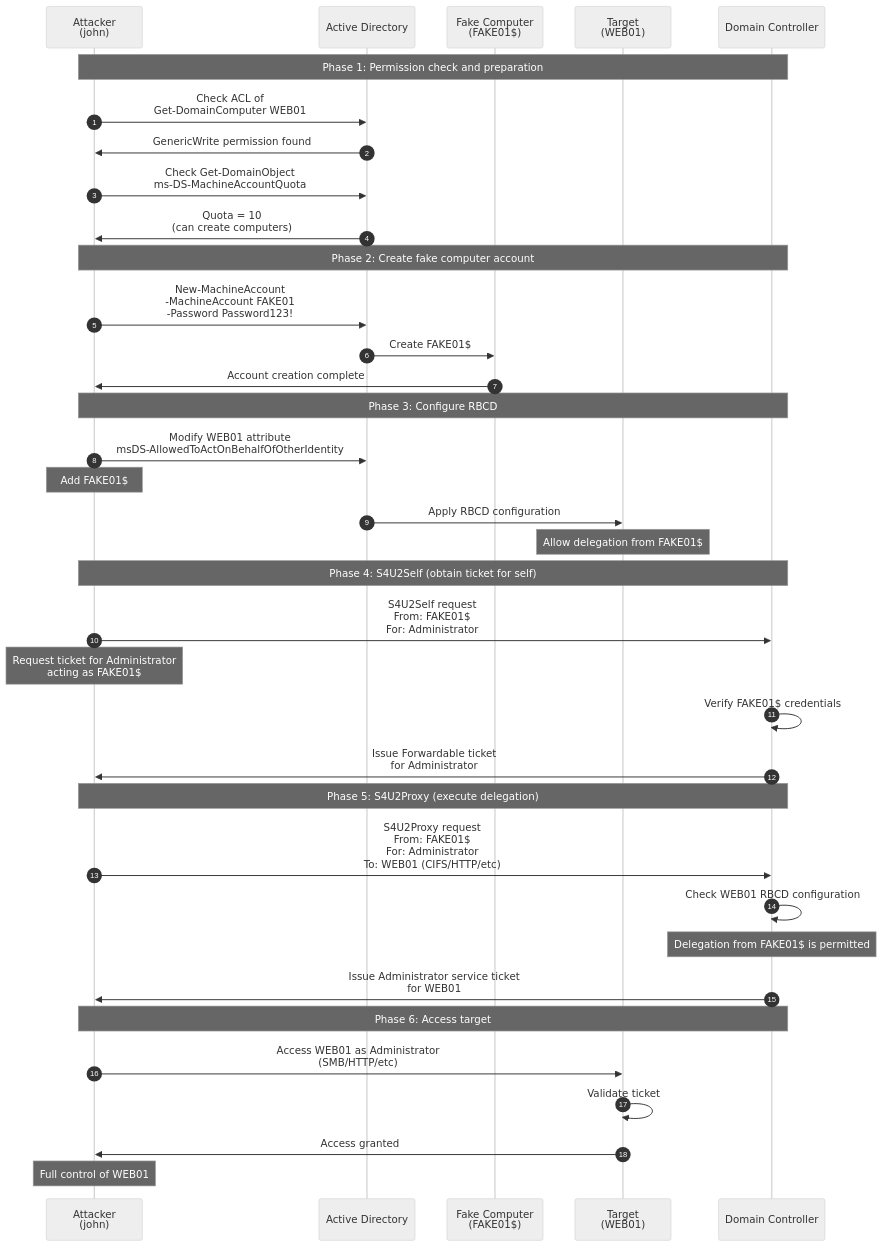
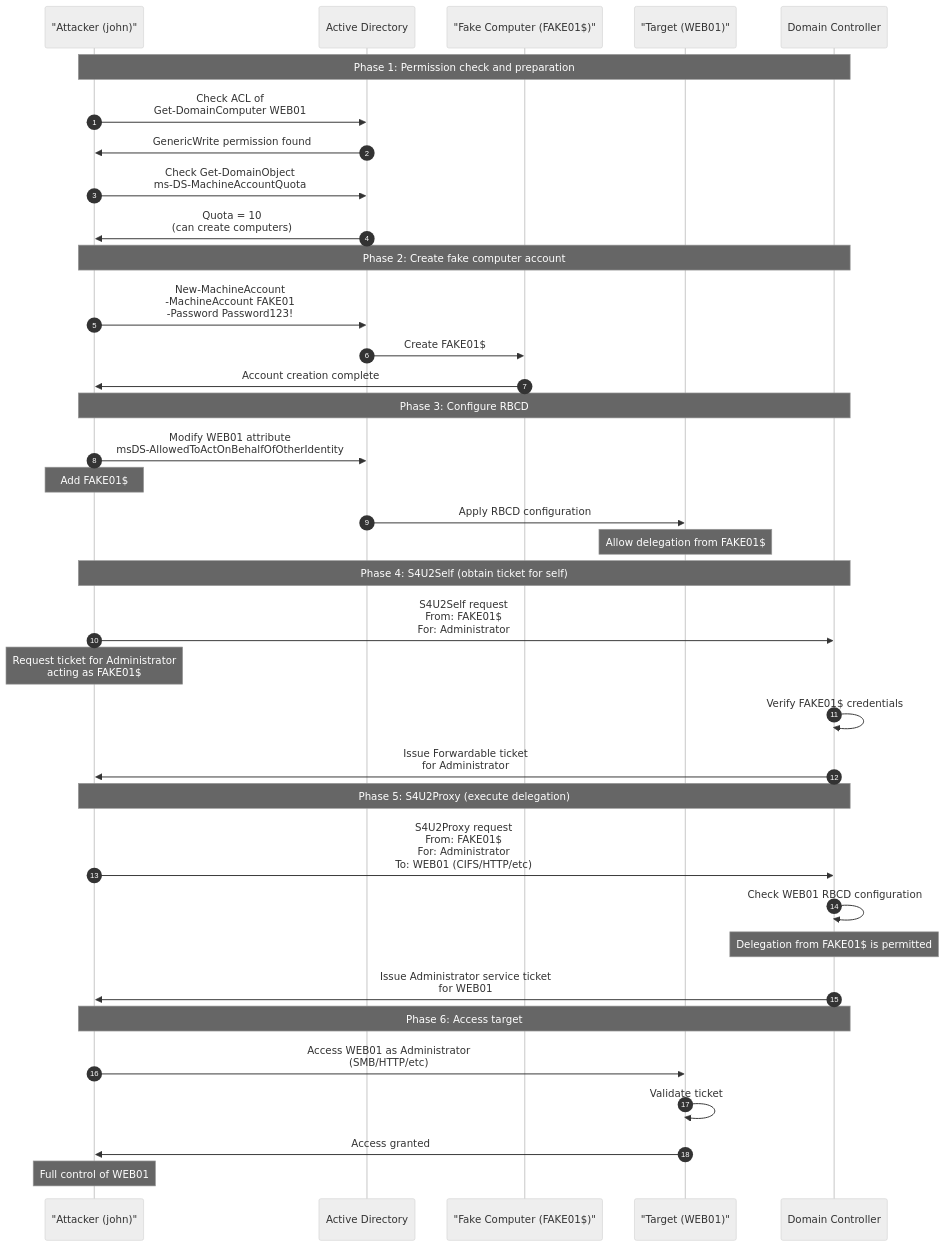
Before and after one commit to morimori-dev/morimori-dev.github.io: the third of 6 diagrams in _posts/2026-03-03-tech-rbcd-attack-guide.md, drawn with Mermaid (neutral theme). The commit also changed other lines of this file and 7 other files, not shown here.

First line of the commit message:
Fix Mermaid syntax errors in 8 posts

````diff
--- a/_posts/2026-03-03-tech-rbcd-attack-guide.md
+++ b/_posts/2026-03-03-tech-rbcd-attack-guide.md
@@ -135,56 +135,56 @@
 ```mermaid
 sequenceDiagram
     autonumber
-    participant A as Attacker<br/>(john)
+    participant A as "Attacker (john)"
     participant AD as Active Directory
-    participant Fake as Fake Computer<br/>(FAKE01$)
-    participant Target as Target<br/>(WEB01)
+    participant Fake as "Fake Computer (FAKE01$)"
+    participant Target as "Target (WEB01)"
     participant DC as Domain Controller
 
     Note over A,DC: Phase 1: Permission check and preparation
 
     A->>AD: Check ACL of<br/>Get-DomainComputer WEB01
     AD->>A: GenericWrite permission found
 
     A->>AD: Check Get-DomainObject<br/>ms-DS-MachineAccountQuota
     AD->>A: Quota = 10<br/>(can create computers)
 
     Note over A,DC: Phase 2: Create fake computer account
 
     A->>AD: New-MachineAccount<br/>-MachineAccount FAKE01<br/>-Password Password123!
     AD->>Fake: Create FAKE01$
     Fake->>A: Account creation complete
 
     Note over A,DC: Phase 3: Configure RBCD
 
     A->>AD: Modify WEB01 attribute<br/>msDS-AllowedToActOnBehalfOfOtherIdentity
     Note over A: Add FAKE01$
 
     AD->>Target: Apply RBCD configuration
     Note over Target: Allow delegation from FAKE01$
 
     Note over A,DC: Phase 4: S4U2Self (obtain ticket for self)
 
     A->>DC: S4U2Self request<br/>From: FAKE01$<br/>For: Administrator
     Note over A: Request ticket for Administrator<br/>acting as FAKE01$
 
     DC->>DC: Verify FAKE01$ credentials
     DC->>A: Issue Forwardable ticket<br/>for Administrator
 
     Note over A,DC: Phase 5: S4U2Proxy (execute delegation)
 
     A->>DC: S4U2Proxy request<br/>From: FAKE01$<br/>For: Administrator<br/>To: WEB01 (CIFS/HTTP/etc)
 
     DC->>DC: Check WEB01 RBCD configuration
     Note over DC: Delegation from FAKE01$ is permitted
 
     DC->>A: Issue Administrator service ticket<br/>for WEB01
 
     Note over A,DC: Phase 6: Access target
 
     A->>Target: Access WEB01 as Administrator<br/>(SMB/HTTP/etc)
     Target->>Target: Validate ticket
     Target->>A: Access granted
 
     Note over A: Full control of WEB01
 ```
````
